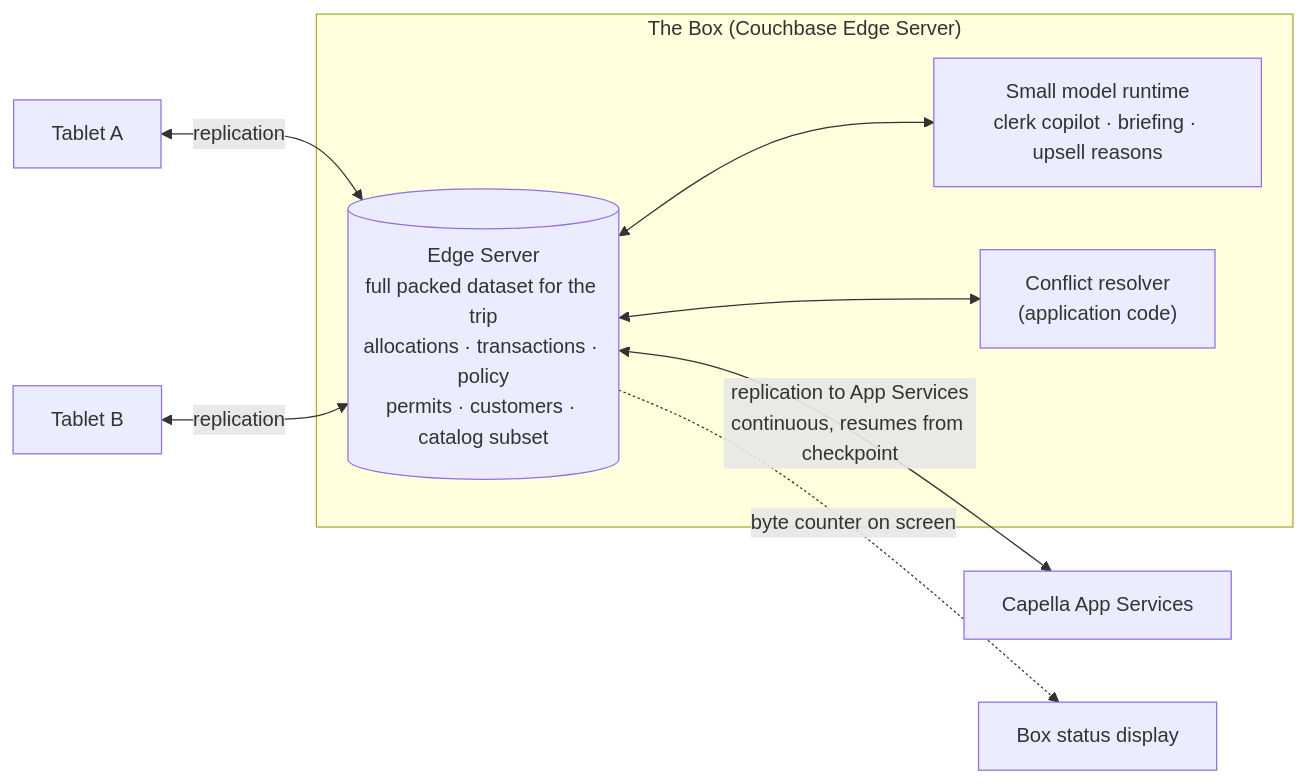
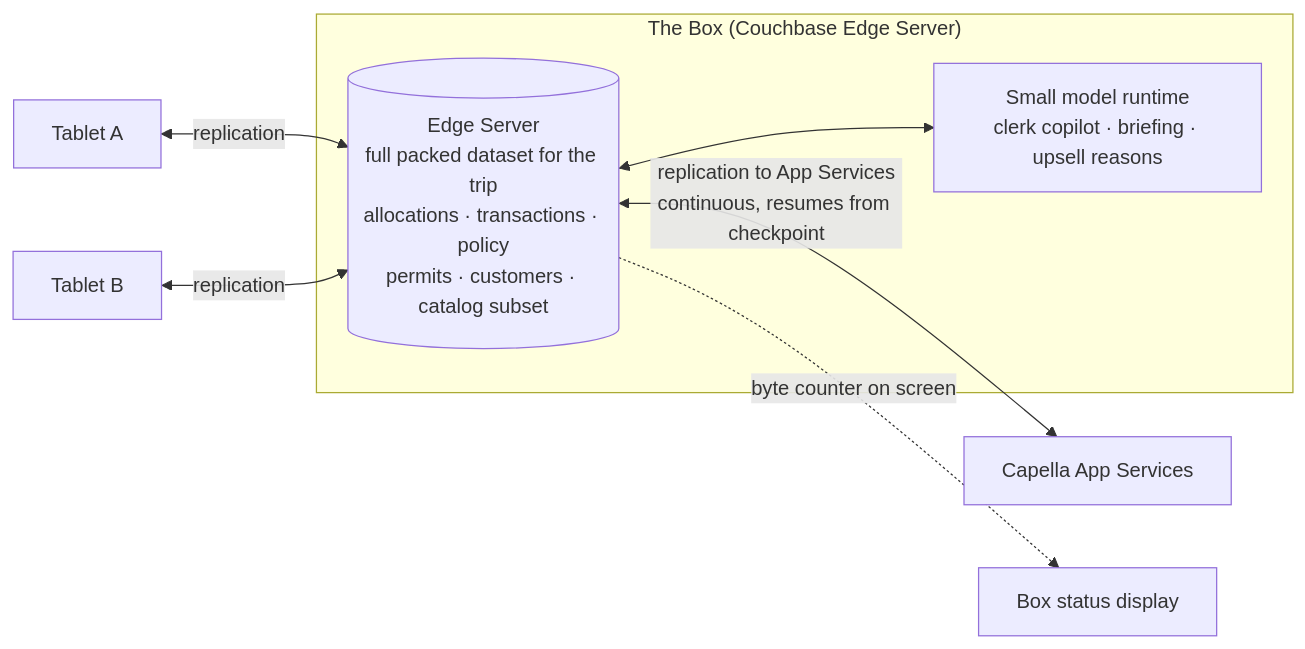
The diagram in docs/architecture/edge-server-box.md (omnifroodle/store-in-a-box), drawn with Mermaid before and after one commit. The commit also changed other lines of this file and 7 other files, not shown here.

````diff
--- a/docs/architecture/edge-server-box.md
+++ b/docs/architecture/edge-server-box.md
@@ -8,14 +8,12 @@
 ```mermaid
 flowchart LR
   subgraph Box["The Box (Couchbase Edge Server)"]
     ES[("Edge Server<br/>full packed dataset for the trip<br/>allocations · transactions · policy<br/>permits · customers · catalog subset")]
     LLM["Small model runtime<br/>clerk copilot · briefing · upsell reasons"]
-    CR["Conflict resolver<br/>(application code)"]
     ES <--> LLM
-    ES <--> CR
   end
   T1["Tablet A"] <-->|"replication"| ES
   T2["Tablet B"] <-->|"replication"| ES
   ES <-->|"replication to App Services<br/>continuous, resumes from checkpoint"| AS["Capella App Services"]
   ES -.->|"byte counter on screen"| UI["Box status display"]
 ```
````
